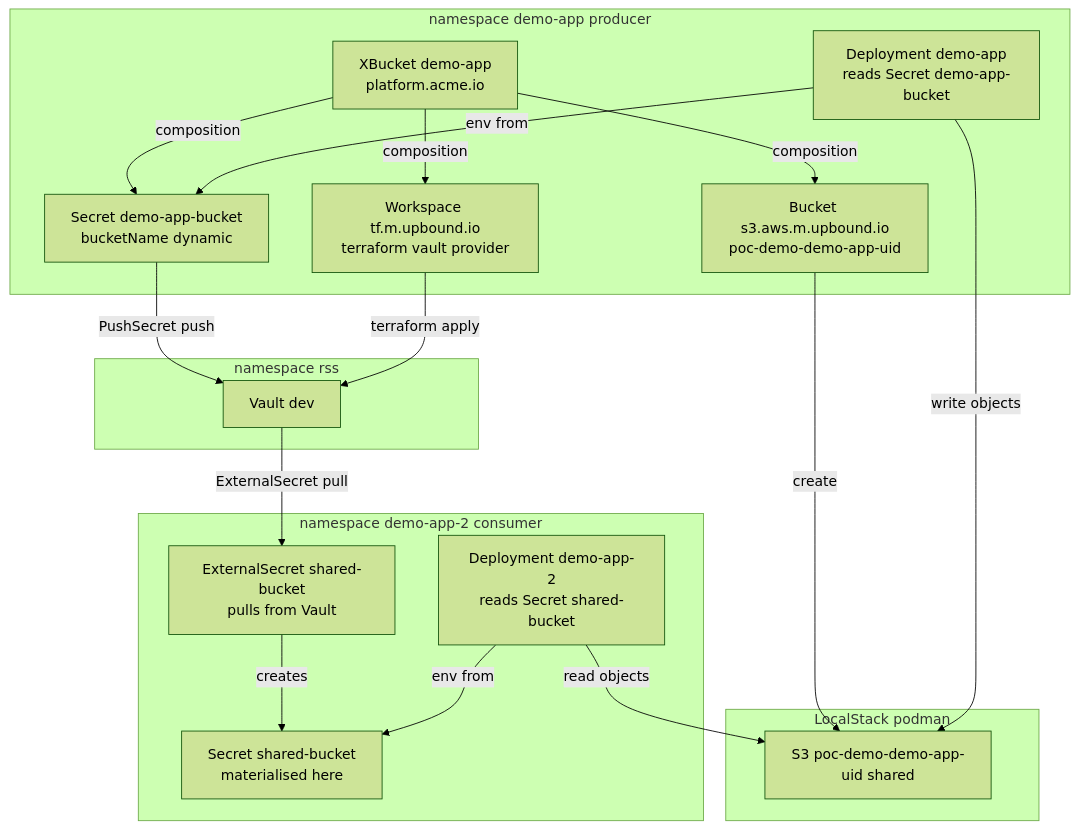
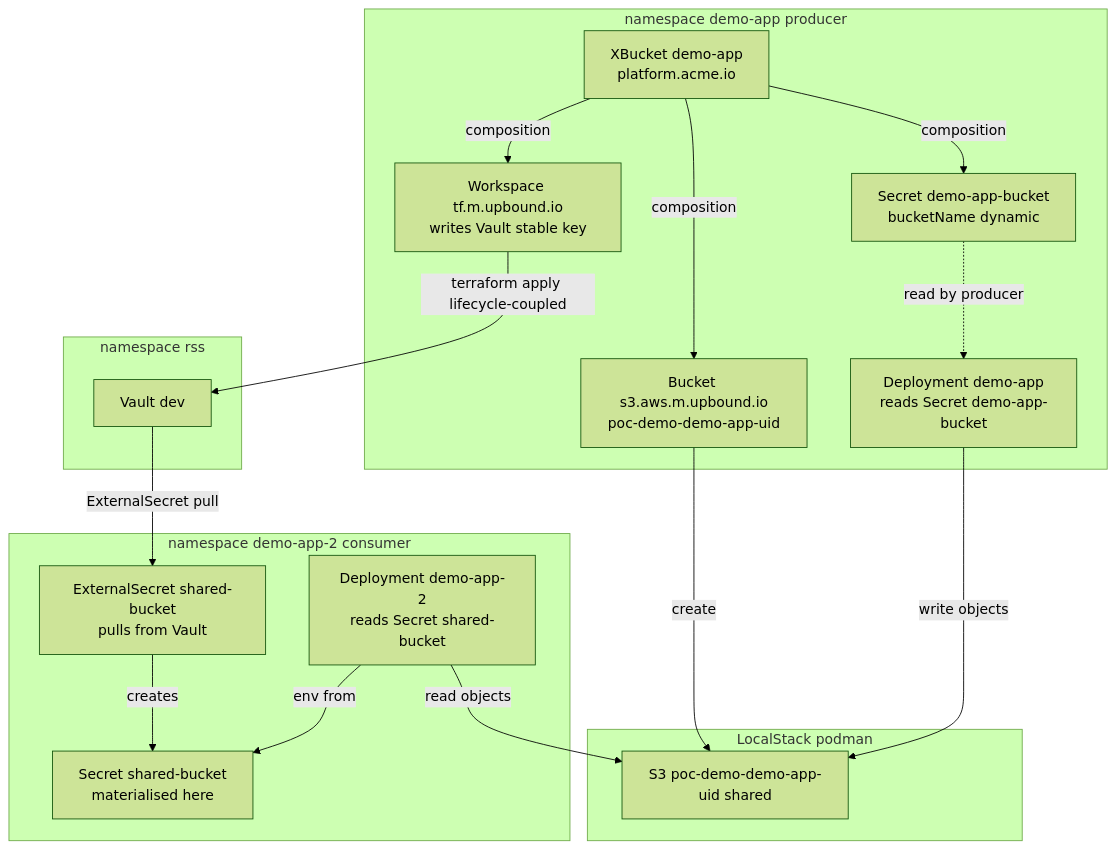
The diagram in README.md (alfonzjanfrithz/crossplane-poc-v2), drawn with Mermaid (forest theme) before and after one commit. The commit also changed other lines of this file and 7 other files, not shown here.

First line of the commit message:
Move Vault sync into the composite (lifecycle-coupled), drop ESO PushSecret

````diff
--- a/README.md
+++ b/README.md
@@ -55,33 +58,32 @@
 ```mermaid
 flowchart TD
   subgraph NS1["namespace demo-app producer"]
     APP["Deployment demo-app<br/>reads Secret demo-app-bucket"]
     XR["XBucket demo-app<br/>platform.acme.io"]
     BKT["Bucket s3.aws.m.upbound.io<br/>poc-demo-demo-app-uid"]
     SEC["Secret demo-app-bucket<br/>bucketName dynamic"]
-    WS["Workspace tf.m.upbound.io<br/>terraform vault provider"]
+    WS["Workspace tf.m.upbound.io<br/>writes Vault stable key"]
   end
   subgraph NS2["namespace demo-app-2 consumer"]
     ES["ExternalSecret shared-bucket<br/>pulls from Vault"]
     SEC2["Secret shared-bucket<br/>materialised here"]
     APP2["Deployment demo-app-2<br/>reads Secret shared-bucket"]
   end
   XR -->|"composition"| BKT
   XR -->|"composition"| SEC
   XR -->|"composition"| WS
-  APP -->|"env from"| SEC
+  SEC -.->|"read by producer"| APP
   subgraph LS["LocalStack podman"]
     S3["S3 poc-demo-demo-app-uid shared"]
   end
   BKT -->|"create"| S3
   APP -->|"write objects"| S3
   APP2 -->|"read objects"| S3
   subgraph RSS["namespace rss"]
     VAULT["Vault dev"]
   end
-  SEC -->|"PushSecret push"| VAULT
-  WS -->|"terraform apply"| VAULT
+  WS -->|"terraform apply lifecycle-coupled"| VAULT
   VAULT -->|"ExternalSecret pull"| ES
   ES -->|"creates"| SEC2
   APP2 -->|"env from"| SEC2
 ```
````
